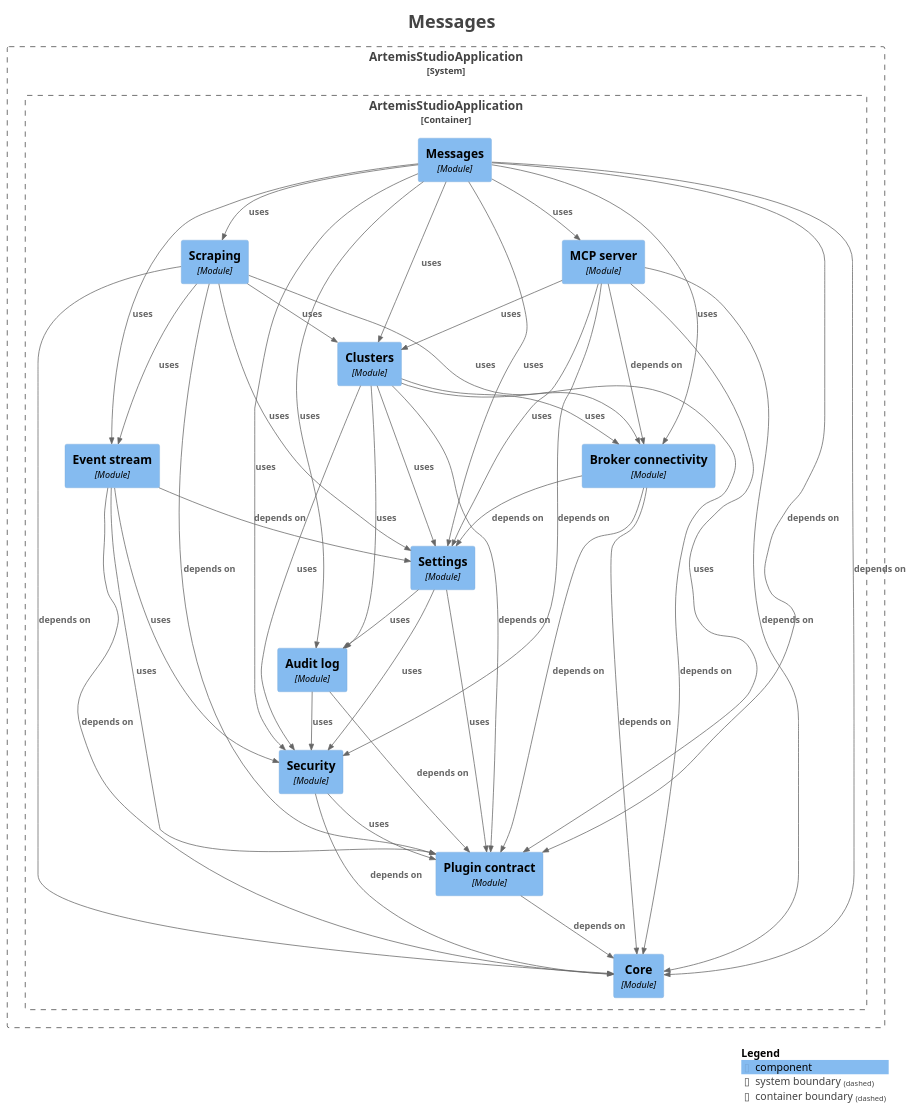
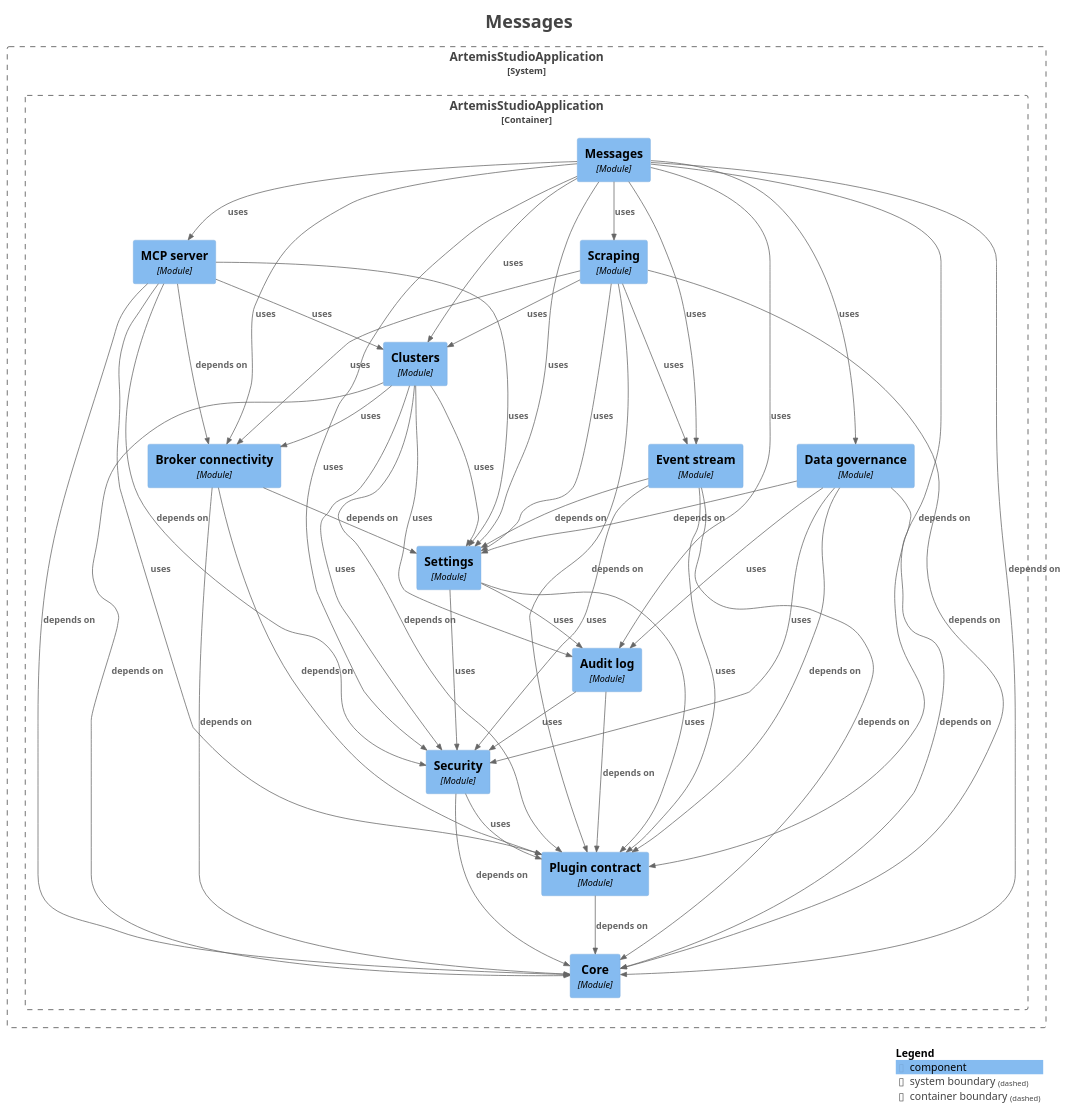
One commit to sudoitir/artemis-studio changed the diagram in docs/modules/module-feature.messages.puml. Above: the diagram before and after it, drawn with PlantUML. The commit also changed 54 other files, not shown here.

```diff
--- a/docs/modules/module-feature.messages.puml
+++ b/docs/modules/module-feature.messages.puml
@@ -1,81 +1,88 @@
 @startuml
 title <size:24>Messages</size>
 
 set separator none
 top to bottom direction
 
 <style>
   root {
     BackgroundColor: #ffffff
     FontColor: #444444
   }
 </style>
 
 !include <C4/C4>
 !include <C4/C4_Context>
 !include <C4/C4_Component>
 
 System_Boundary("ArtemisStudioApplication_boundary", "ArtemisStudioApplication", $tags="") {
   Container_Boundary("ArtemisStudioApplication.ArtemisStudioApplication_boundary", "ArtemisStudioApplication", $tags="") {
     Component(ArtemisStudioApplication.ArtemisStudioApplication.Settings, "Settings", $techn="Module", $descr="", $tags="", $link="")
     Component(ArtemisStudioApplication.ArtemisStudioApplication.Eventstream, "Event stream", $techn="Module", $descr="", $tags="", $link="")
     Component(ArtemisStudioApplication.ArtemisStudioApplication.Brokerconnectivity, "Broker connectivity", $techn="Module", $descr="", $tags="", $link="")
+    Component(ArtemisStudioApplication.ArtemisStudioApplication.Datagovernance, "Data governance", $techn="Module", $descr="", $tags="", $link="")
     Component(ArtemisStudioApplication.ArtemisStudioApplication.Clusters, "Clusters", $techn="Module", $descr="", $tags="", $link="")
     Component(ArtemisStudioApplication.ArtemisStudioApplication.MCPserver, "MCP server", $techn="Module", $descr="", $tags="", $link="")
     Component(ArtemisStudioApplication.ArtemisStudioApplication.Scraping, "Scraping", $techn="Module", $descr="", $tags="", $link="")
     Component(ArtemisStudioApplication.ArtemisStudioApplication.Messages, "Messages", $techn="Module", $descr="", $tags="", $link="")
     Component(ArtemisStudioApplication.ArtemisStudioApplication.Core, "Core", $techn="Module", $descr="", $tags="", $link="")
     Component(ArtemisStudioApplication.ArtemisStudioApplication.Plugincontract, "Plugin contract", $techn="Module", $descr="", $tags="", $link="")
     Component(ArtemisStudioApplication.ArtemisStudioApplication.Security, "Security", $techn="Module", $descr="", $tags="", $link="")
     Component(ArtemisStudioApplication.ArtemisStudioApplication.Auditlog, "Audit log", $techn="Module", $descr="", $tags="", $link="")
   }
 
 }
 
 Rel(ArtemisStudioApplication.ArtemisStudioApplication.Auditlog, ArtemisStudioApplication.ArtemisStudioApplication.Plugincontract, "depends on", $techn="", $tags="", $link="")
 Rel(ArtemisStudioApplication.ArtemisStudioApplication.Auditlog, ArtemisStudioApplication.ArtemisStudioApplication.Security, "uses", $techn="", $tags="", $link="")
 Rel(ArtemisStudioApplication.ArtemisStudioApplication.Brokerconnectivity, ArtemisStudioApplication.ArtemisStudioApplication.Core, "depends on", $techn="", $tags="", $link="")
 Rel(ArtemisStudioApplication.ArtemisStudioApplication.Brokerconnectivity, ArtemisStudioApplication.ArtemisStudioApplication.Plugincontract, "depends on", $techn="", $tags="", $link="")
 Rel(ArtemisStudioApplication.ArtemisStudioApplication.Brokerconnectivity, ArtemisStudioApplication.ArtemisStudioApplication.Settings, "depends on", $techn="", $tags="", $link="")
 Rel(ArtemisStudioApplication.ArtemisStudioApplication.Clusters, ArtemisStudioApplication.ArtemisStudioApplication.Auditlog, "uses", $techn="", $tags="", $link="")
 Rel(ArtemisStudioApplication.ArtemisStudioApplication.Clusters, ArtemisStudioApplication.ArtemisStudioApplication.Brokerconnectivity, "uses", $techn="", $tags="", $link="")
 Rel(ArtemisStudioApplication.ArtemisStudioApplication.Clusters, ArtemisStudioApplication.ArtemisStudioApplication.Core, "depends on", $techn="", $tags="", $link="")
 Rel(ArtemisStudioApplication.ArtemisStudioApplication.Clusters, ArtemisStudioApplication.ArtemisStudioApplication.Plugincontract, "depends on", $techn="", $tags="", $link="")
 Rel(ArtemisStudioApplication.ArtemisStudioApplication.Clusters, ArtemisStudioApplication.ArtemisStudioApplication.Security, "uses", $techn="", $tags="", $link="")
 Rel(ArtemisStudioApplication.ArtemisStudioApplication.Clusters, ArtemisStudioApplication.ArtemisStudioApplication.Settings, "uses", $techn="", $tags="", $link="")
+Rel(ArtemisStudioApplication.ArtemisStudioApplication.Datagovernance, ArtemisStudioApplication.ArtemisStudioApplication.Auditlog, "uses", $techn="", $tags="", $link="")
+Rel(ArtemisStudioApplication.ArtemisStudioApplication.Datagovernance, ArtemisStudioApplication.ArtemisStudioApplication.Core, "depends on", $techn="", $tags="", $link="")
+Rel(ArtemisStudioApplication.ArtemisStudioApplication.Datagovernance, ArtemisStudioApplication.ArtemisStudioApplication.Plugincontract, "depends on", $techn="", $tags="", $link="")
+Rel(ArtemisStudioApplication.ArtemisStudioApplication.Datagovernance, ArtemisStudioApplication.ArtemisStudioApplication.Security, "uses", $techn="", $tags="", $link="")
+Rel(ArtemisStudioApplication.ArtemisStudioApplication.Datagovernance, ArtemisStudioApplication.ArtemisStudioApplication.Settings, "depends on", $techn="", $tags="", $link="")
 Rel(ArtemisStudioApplication.ArtemisStudioApplication.Eventstream, ArtemisStudioApplication.ArtemisStudioApplication.Core, "depends on", $techn="", $tags="", $link="")
 Rel(ArtemisStudioApplication.ArtemisStudioApplication.Eventstream, ArtemisStudioApplication.ArtemisStudioApplication.Plugincontract, "uses", $techn="", $tags="", $link="")
 Rel(ArtemisStudioApplication.ArtemisStudioApplication.Eventstream, ArtemisStudioApplication.ArtemisStudioApplication.Security, "uses", $techn="", $tags="", $link="")
 Rel(ArtemisStudioApplication.ArtemisStudioApplication.Eventstream, ArtemisStudioApplication.ArtemisStudioApplication.Settings, "depends on", $techn="", $tags="", $link="")
 Rel(ArtemisStudioApplication.ArtemisStudioApplication.MCPserver, ArtemisStudioApplication.ArtemisStudioApplication.Brokerconnectivity, "depends on", $techn="", $tags="", $link="")
 Rel(ArtemisStudioApplication.ArtemisStudioApplication.MCPserver, ArtemisStudioApplication.ArtemisStudioApplication.Clusters, "uses", $techn="", $tags="", $link="")
 Rel(ArtemisStudioApplication.ArtemisStudioApplication.MCPserver, ArtemisStudioApplication.ArtemisStudioApplication.Core, "depends on", $techn="", $tags="", $link="")
 Rel(ArtemisStudioApplication.ArtemisStudioApplication.MCPserver, ArtemisStudioApplication.ArtemisStudioApplication.Plugincontract, "uses", $techn="", $tags="", $link="")
 Rel(ArtemisStudioApplication.ArtemisStudioApplication.MCPserver, ArtemisStudioApplication.ArtemisStudioApplication.Security, "depends on", $techn="", $tags="", $link="")
 Rel(ArtemisStudioApplication.ArtemisStudioApplication.MCPserver, ArtemisStudioApplication.ArtemisStudioApplication.Settings, "uses", $techn="", $tags="", $link="")
 Rel(ArtemisStudioApplication.ArtemisStudioApplication.Messages, ArtemisStudioApplication.ArtemisStudioApplication.Auditlog, "uses", $techn="", $tags="", $link="")
 Rel(ArtemisStudioApplication.ArtemisStudioApplication.Messages, ArtemisStudioApplication.ArtemisStudioApplication.Brokerconnectivity, "uses", $techn="", $tags="", $link="")
 Rel(ArtemisStudioApplication.ArtemisStudioApplication.Messages, ArtemisStudioApplication.ArtemisStudioApplication.Clusters, "uses", $techn="", $tags="", $link="")
 Rel(ArtemisStudioApplication.ArtemisStudioApplication.Messages, ArtemisStudioApplication.ArtemisStudioApplication.Core, "depends on", $techn="", $tags="", $link="")
+Rel(ArtemisStudioApplication.ArtemisStudioApplication.Messages, ArtemisStudioApplication.ArtemisStudioApplication.Datagovernance, "uses", $techn="", $tags="", $link="")
 Rel(ArtemisStudioApplication.ArtemisStudioApplication.Messages, ArtemisStudioApplication.ArtemisStudioApplication.Eventstream, "uses", $techn="", $tags="", $link="")
 Rel(ArtemisStudioApplication.ArtemisStudioApplication.Messages, ArtemisStudioApplication.ArtemisStudioApplication.MCPserver, "uses", $techn="", $tags="", $link="")
 Rel(ArtemisStudioApplication.ArtemisStudioApplication.Messages, ArtemisStudioApplication.ArtemisStudioApplication.Plugincontract, "depends on", $techn="", $tags="", $link="")
 Rel(ArtemisStudioApplication.ArtemisStudioApplication.Messages, ArtemisStudioApplication.ArtemisStudioApplication.Scraping, "uses", $techn="", $tags="", $link="")
 Rel(ArtemisStudioApplication.ArtemisStudioApplication.Messages, ArtemisStudioApplication.ArtemisStudioApplication.Security, "uses", $techn="", $tags="", $link="")
 Rel(ArtemisStudioApplication.ArtemisStudioApplication.Messages, ArtemisStudioApplication.ArtemisStudioApplication.Settings, "uses", $techn="", $tags="", $link="")
 Rel(ArtemisStudioApplication.ArtemisStudioApplication.Plugincontract, ArtemisStudioApplication.ArtemisStudioApplication.Core, "depends on", $techn="", $tags="", $link="")
 Rel(ArtemisStudioApplication.ArtemisStudioApplication.Scraping, ArtemisStudioApplication.ArtemisStudioApplication.Brokerconnectivity, "uses", $techn="", $tags="", $link="")
 Rel(ArtemisStudioApplication.ArtemisStudioApplication.Scraping, ArtemisStudioApplication.ArtemisStudioApplication.Clusters, "uses", $techn="", $tags="", $link="")
 Rel(ArtemisStudioApplication.ArtemisStudioApplication.Scraping, ArtemisStudioApplication.ArtemisStudioApplication.Core, "depends on", $techn="", $tags="", $link="")
 Rel(ArtemisStudioApplication.ArtemisStudioApplication.Scraping, ArtemisStudioApplication.ArtemisStudioApplication.Eventstream, "uses", $techn="", $tags="", $link="")
 Rel(ArtemisStudioApplication.ArtemisStudioApplication.Scraping, ArtemisStudioApplication.ArtemisStudioApplication.Plugincontract, "depends on", $techn="", $tags="", $link="")
 Rel(ArtemisStudioApplication.ArtemisStudioApplication.Scraping, ArtemisStudioApplication.ArtemisStudioApplication.Settings, "uses", $techn="", $tags="", $link="")
 Rel(ArtemisStudioApplication.ArtemisStudioApplication.Security, ArtemisStudioApplication.ArtemisStudioApplication.Core, "depends on", $techn="", $tags="", $link="")
 Rel(ArtemisStudioApplication.ArtemisStudioApplication.Security, ArtemisStudioApplication.ArtemisStudioApplication.Plugincontract, "uses", $techn="", $tags="", $link="")
 Rel(ArtemisStudioApplication.ArtemisStudioApplication.Settings, ArtemisStudioApplication.ArtemisStudioApplication.Auditlog, "uses", $techn="", $tags="", $link="")
 Rel(ArtemisStudioApplication.ArtemisStudioApplication.Settings, ArtemisStudioApplication.ArtemisStudioApplication.Plugincontract, "uses", $techn="", $tags="", $link="")
 Rel(ArtemisStudioApplication.ArtemisStudioApplication.Settings, ArtemisStudioApplication.ArtemisStudioApplication.Security, "uses", $techn="", $tags="", $link="")
 
 SHOW_LEGEND(true)
 hide stereotypes
 @enduml
```
